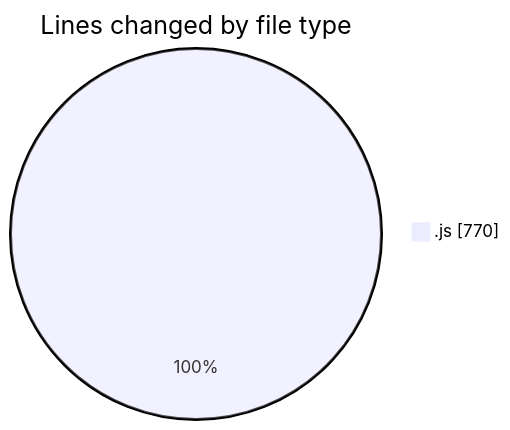
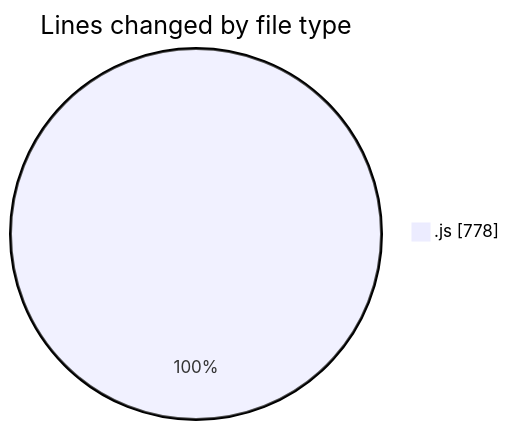
Before and after one commit to BS-eng2023/code-tracking: the first of 2 diagrams in 2025-03-31/jsvms/README.md, drawn with Mermaid. The commit also changed other lines of this file and 1 other file, not shown here.

````diff
--- a/2025-03-31/jsvms/README.md
+++ b/2025-03-31/jsvms/README.md
@@ -28,5 +28,5 @@
 ```mermaid
 pie showData
 title Lines changed by file type
-".js" : 770
+".js" : 778
 ```
````
